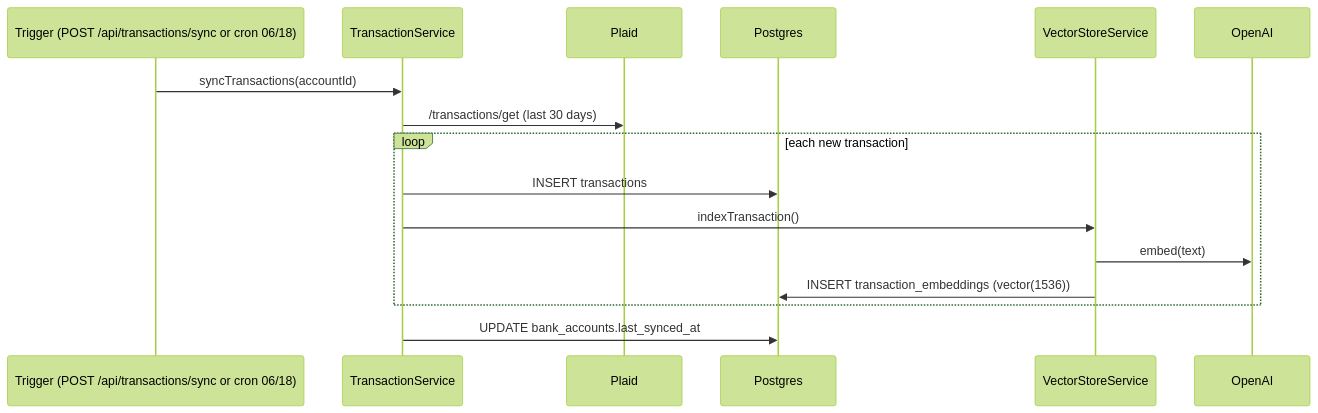
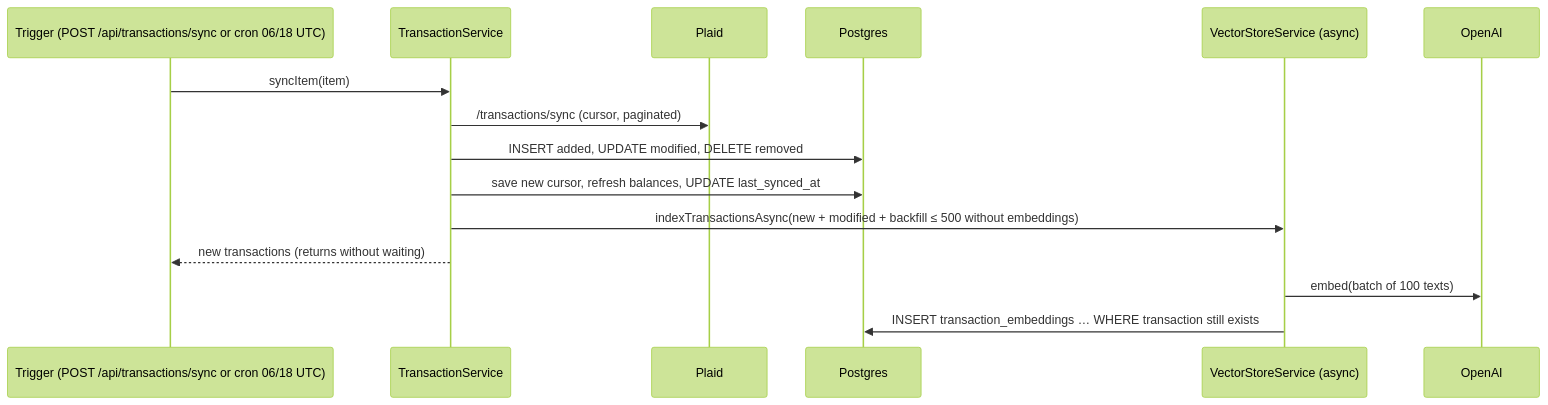
One commit to TechByChibuzo/finance-coach-backend changed the fourth of 8 diagrams in docs/SYSTEM_DESIGN.md. Above: the diagram before and after it, drawn with Mermaid (forest theme). The commit also changed other lines of this file and 1 other file, not shown here.

````diff
--- a/docs/SYSTEM_DESIGN.md
+++ b/docs/SYSTEM_DESIGN.md
@@ -174,18 +192,17 @@
 ```mermaid
 sequenceDiagram
-    participant T as Trigger (POST /api/transactions/sync or cron 06/18)
+    participant T as Trigger (POST /api/transactions/sync or cron 06/18 UTC)
     participant TS as TransactionService
     participant PL as Plaid
     participant DB as Postgres
-    participant VS as VectorStoreService
+    participant VS as VectorStoreService (async)
     participant OAI as OpenAI
-    T->>TS: syncTransactions(accountId)
-    TS->>PL: /transactions/get (last 30 days)
-    loop each new transaction
-        TS->>DB: INSERT transactions
-        TS->>VS: indexTransaction()
-        VS->>OAI: embed(text)
-        VS->>DB: INSERT transaction_embeddings (vector(1536))
-    end
-    TS->>DB: UPDATE bank_accounts.last_synced_at
+    T->>TS: syncItem(item)
+    TS->>PL: /transactions/sync (cursor, paginated)
+    TS->>DB: INSERT added, UPDATE modified, DELETE removed
+    TS->>DB: save new cursor, refresh balances, UPDATE last_synced_at
+    TS->>VS: indexTransactionsAsync(new + modified + backfill ≤ 500 without embeddings)
+    TS-->>T: new transactions (returns without waiting)
+    VS->>OAI: embed(batch of 100 texts)
+    VS->>DB: INSERT transaction_embeddings … WHERE transaction still exists
 ```
````
